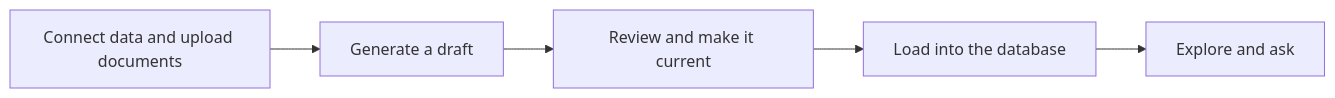
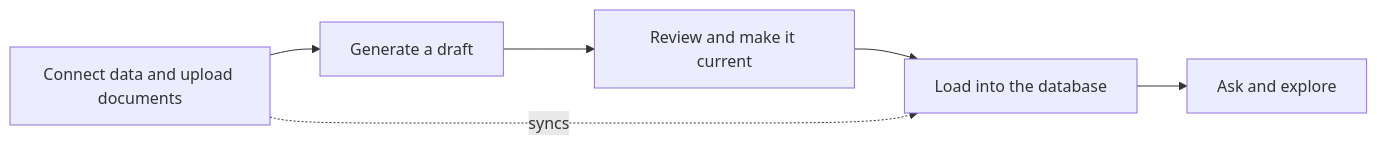
The diagram in docs/foundry/start-here/introduction.mdx (HelixDB/helix-db), drawn with Mermaid before and after one commit. The commit also changed other lines of this file and 2 other files, not shown here.

Commit message:
docs: describe Foundry's Ask home, labelled sidebar and first-ontology steps

````diff
--- a/docs/foundry/start-here/introduction.mdx
+++ b/docs/foundry/start-here/introduction.mdx
@@ -39,7 +43,8 @@
 ```mermaid
 flowchart LR
   A[Connect data and upload documents] --> B[Generate a draft]
   B --> C[Review and make it current]
   C --> D[Load into the database]
-  D --> E[Explore and ask]
+  D --> E[Ask and explore]
+  A -. syncs .-> D
 ```
````
